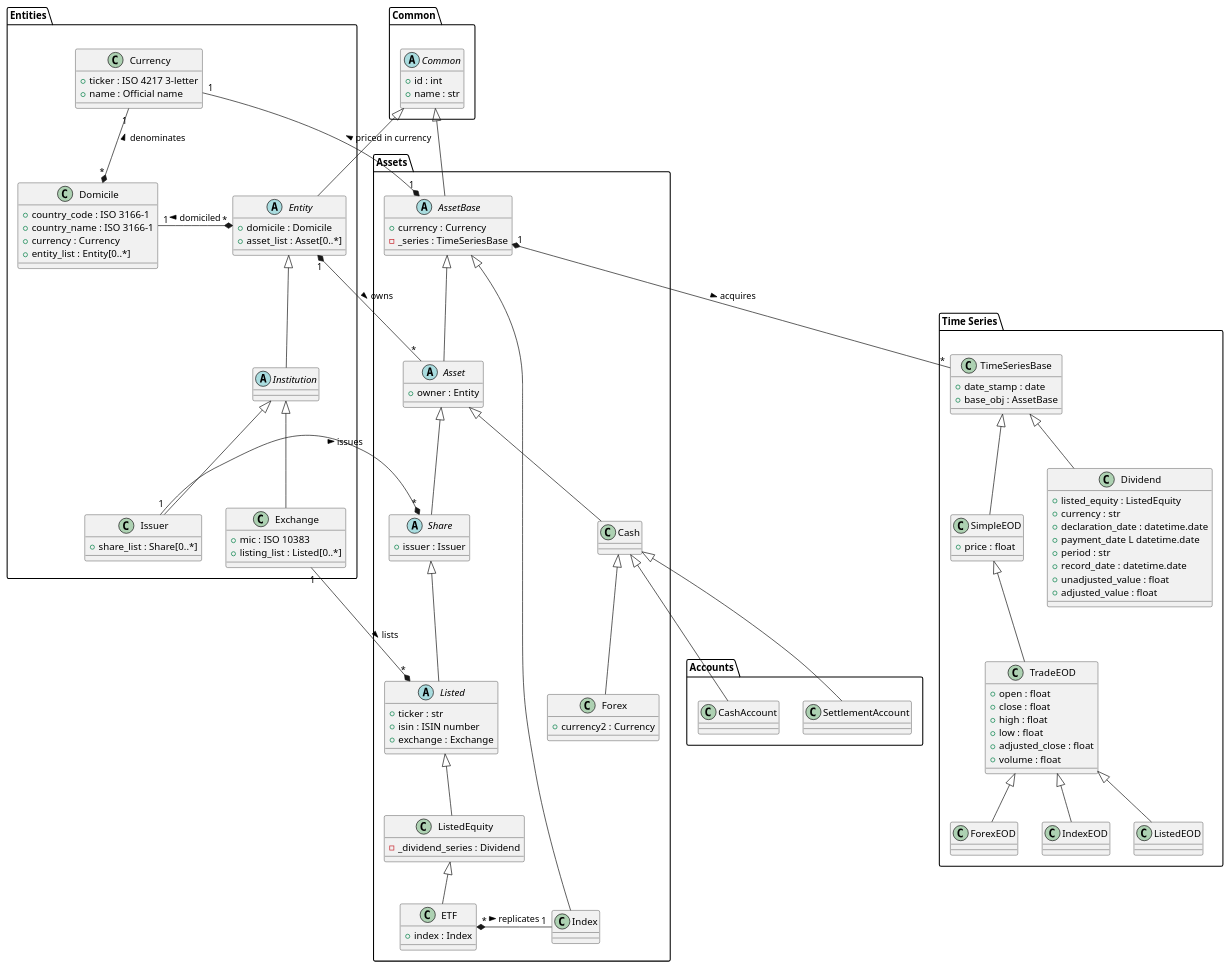
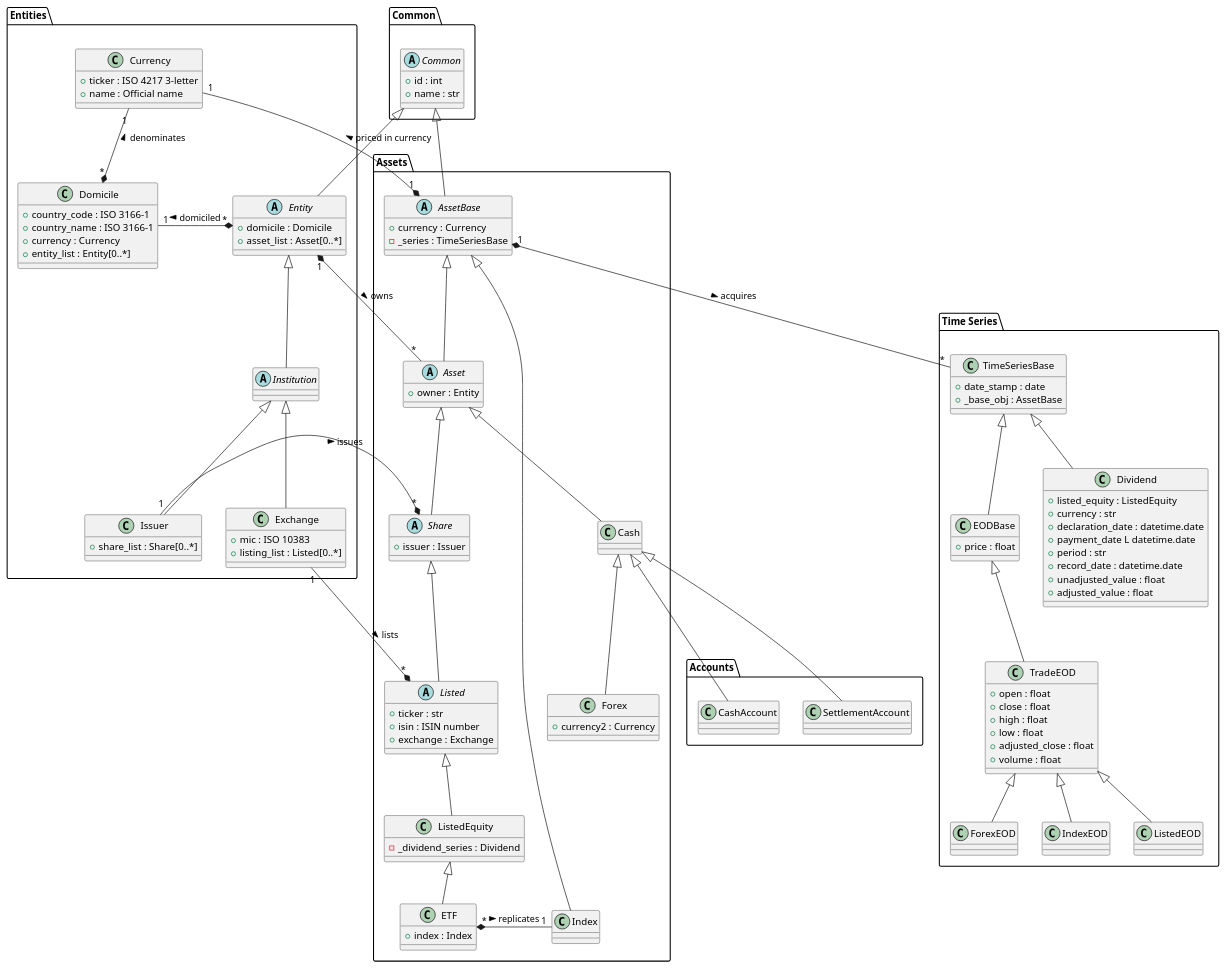
One commit to justinsolms/asset_base changed the diagram in asset_base.wsd. Above: the diagram before and after it, drawn with PlantUML. The commit also changed 11 other files, not shown here.

```diff
--- a/asset_base.wsd
+++ b/asset_base.wsd
@@ -1,191 +1,191 @@
 @startuml asset_base
 
 ' left to right direction
 top to bottom direction
 
 ' Class definitions
 
 package "Common" {
 
     abstract       Common {
         +id : int
         +name : str
     }
 
 }
 
 package "Entities" {
 
     abstract    Entity {
         +domicile : Domicile
         +asset_list : Asset[0..*]
     }
 
     abstract    Institution
 
     class       Issuer {
         +share_list : Share[0..*]
     }
 
     class       Exchange {
         +mic : ISO 10383
         +listing_list : Listed[0..*]
     }
 
     class       Domicile {
         +country_code : ISO 3166-1
         +country_name : ISO 3166-1
         +currency : Currency
         +entity_list : Entity[0..*]
     }
 
     class       Currency {
         +ticker : ISO 4217 3-letter
         +name : Official name
     }
 
     ' Common inheritance
     Common.Common <|-- Entity
 
     ' Domicile and Currency
     Currency "1" --* "*" Domicile : < denominates
     Domicile "1" -r-* "*" Entity : < domiciled
 
     ' Entities
     Entity <|-- Institution
     Institution <|-- Exchange
     Institution <|-- Issuer
 
 }
 
 package "Assets" {
 
     abstract    AssetBase {
         +currency : Currency
         -_series : TimeSeriesBase
     }
 
     abstract    Asset {
         +owner : Entity
     }
 
     abstract    Share {
         +issuer : Issuer
     }
 
     abstract    Listed {
         +ticker : str
         +isin : ISIN number
         +exchange : Exchange
     }
 
     class       ListedEquity {
         -_dividend_series : Dividend
     }
 
     class       ETF {
         +index : Index
     }
 
     class       Cash {
     }
 
     class       Forex {
         +currency2 : Currency
     }
 
     class Index {
     }
 
     ' Common inheritance
     Common.Common <|-- AssetBase
 
     ' Assets
     AssetBase <|-- Asset
     AssetBase <|-- Index
     Asset <|-- Share
     Asset <|-- Cash
     Cash <|-- Forex
     Share <|-- Listed
     Listed <|-- ListedEquity
     ListedEquity <|-- ETF
 
 }
 
 package "Time Series" {
 
     class TimeSeriesBase {
         +date_stamp : date
-        +base_obj : AssetBase
+        +_base_obj : AssetBase
     }
 
-    class SimpleEOD {
+    class EODBase {
         +price : float
     }
 
     class TradeEOD {
         +open : float
         +close : float
         +high : float
         +low : float
         +adjusted_close : float
         +volume : float
 
     }
 
     class ListedEOD {
     }
 
     class ForexEOD {
     }
 
     class IndexEOD {
     }
 
     class Dividend {
         +listed_equity : ListedEquity
         +currency : str
         +declaration_date : datetime.date
         +payment_date L datetime.date
         +period : str
         +record_date : datetime.date
         +unadjusted_value : float
         +adjusted_value : float
     }
 
     ' Time Series
-    TimeSeriesBase <|-- SimpleEOD
-    SimpleEOD <|-- TradeEOD
+    TimeSeriesBase <|-- EODBase
+    EODBase <|-- TradeEOD
     TradeEOD <|-- ListedEOD
     TradeEOD <|-- ForexEOD
     TradeEOD <|-- IndexEOD
     TimeSeriesBase <|-- Dividend
 
 }
 
 package "Accounts" {
 
     class CashAccount
 
     class SettlementAccount
 
     Assets.Cash <|-- CashAccount
     Assets.Cash <|-- SettlementAccount
 
 }
 
 ' Pricing
 Currency "1" --* "1" AssetBase : < priced in currency
 
 ' Entities to Assets relationships
 Entity "1" *-- "*" Asset : > owns
 Issuer "1" -l-* "*" Share : > issues
 Exchange "1" -l-* "*" Listed : > lists
 
 ' Asset to Asset relationships
 ETF "*" *-r- "1" Assets.Index : > replicates
 
 ' Asset to Time Series relationships
 AssetBase "1" *-- "*" TimeSeriesBase : > acquires
 
 @enduml
```
